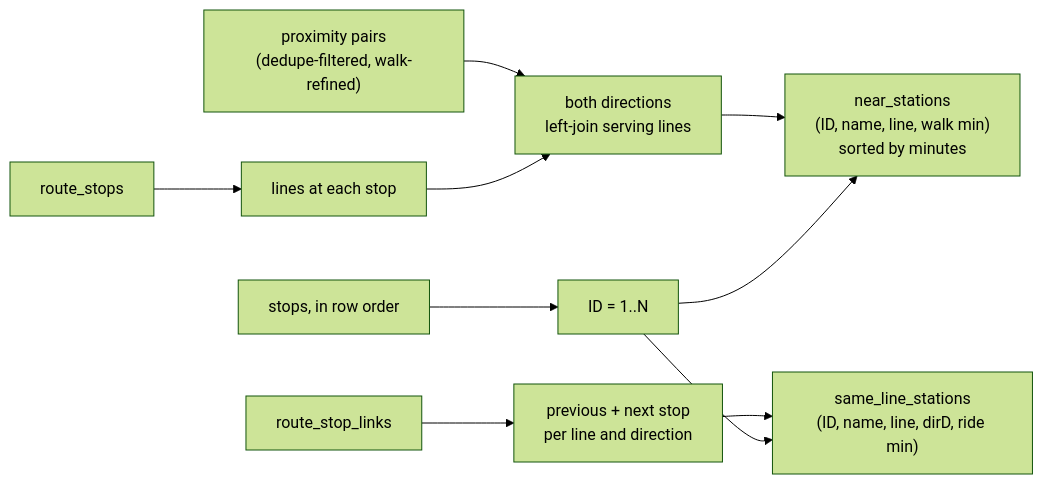
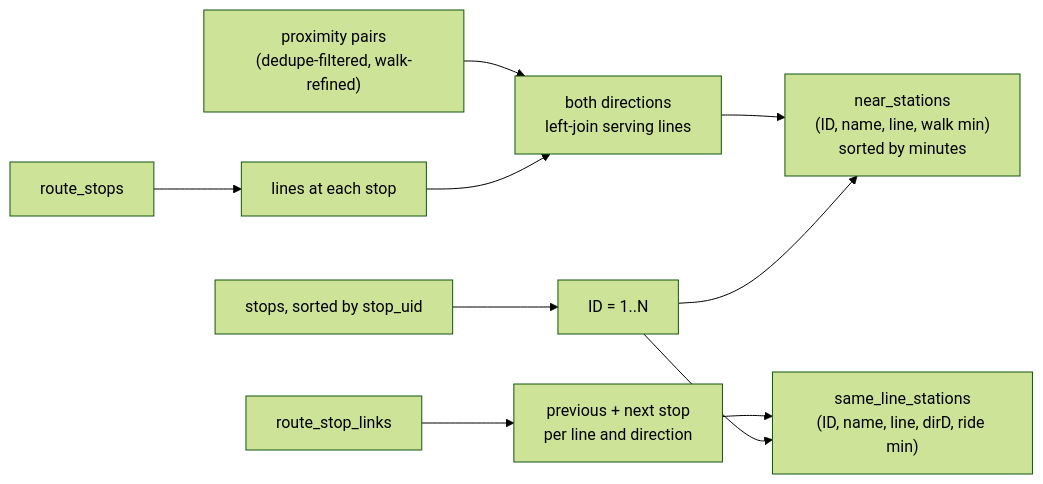
One commit to Pandap845/GeoApp changed diagram 12 of 17 in docs/guide/pipeline-guide.md. Above: the diagram before and after it, drawn with Mermaid (forest theme). The commit also changed other lines of this file and 114 other files, not shown here.

````diff
--- a/docs/guide/pipeline-guide.md
+++ b/docs/guide/pipeline-guide.md
@@ -746,11 +746,11 @@
 ```mermaid
 flowchart LR
-    ST["stops, in row order"] --> ID["ID = 1..N"]
+    ST["stops, sorted by stop_uid"] --> ID["ID = 1..N"]
     PP["proximity pairs<br/>(dedupe-filtered, walk-refined)"] --> NE["both directions<br/>left-join serving lines"]
     RS["route_stops"] --> LA["lines at each stop"]
     LA --> NE
     NE --> NS["near_stations<br/>(ID, name, line, walk min)<br/>sorted by minutes"]
     RL["route_stop_links"] --> SL["previous + next stop<br/>per line and direction"]
     SL --> SLS["same_line_stations<br/>(ID, name, line, dirD, ride min)"]
     ID --> NS & SLS
 ```
````
